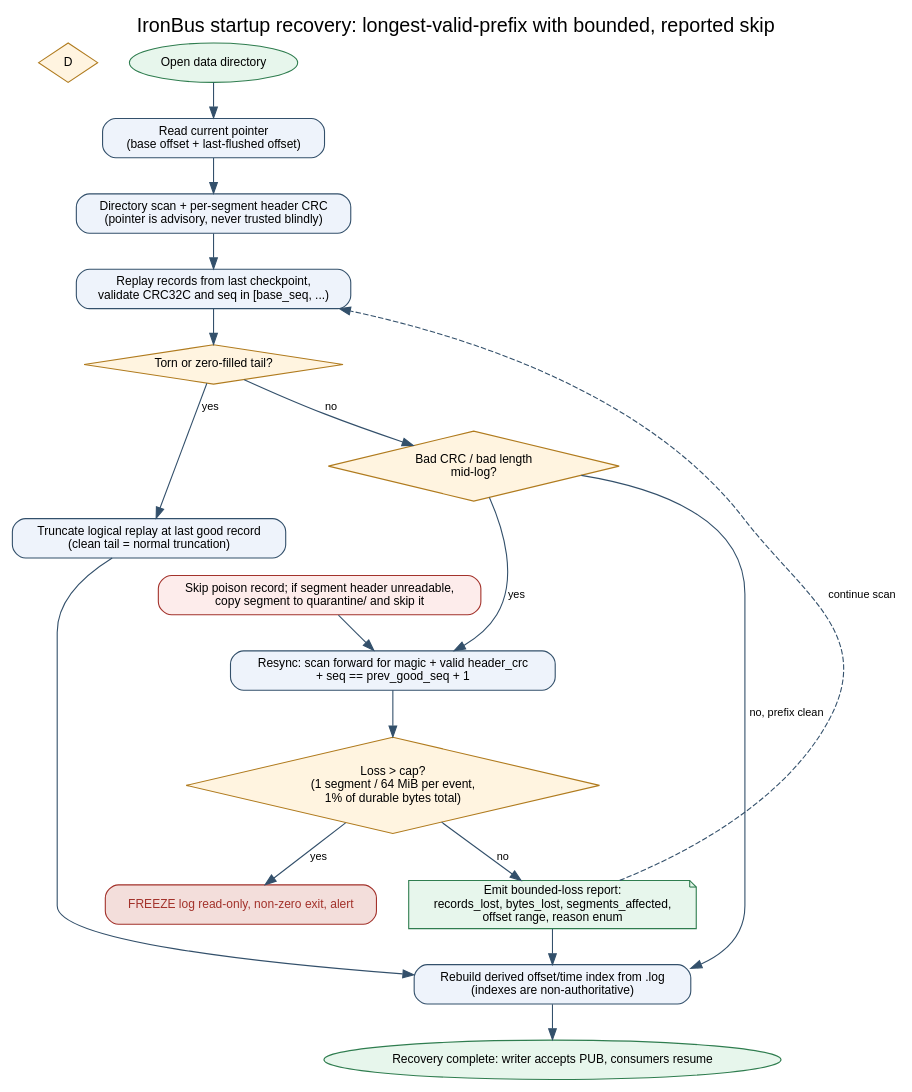
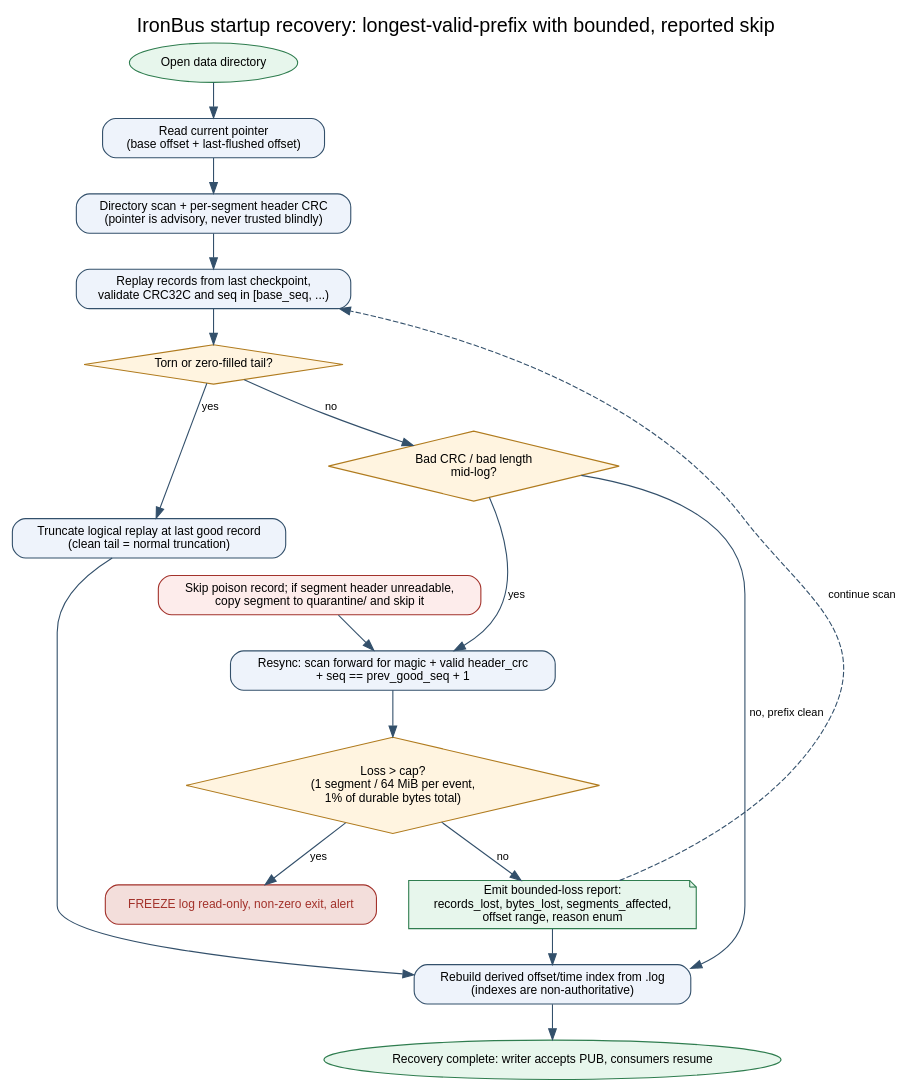
One commit to ELares/IronBus changed the diagram in docs/diagrams/03-recovery-flow.dot. Above: the diagram before and after it, drawn with Graphviz. The commit also changed 3 other files, not shown here.

Commit message:
docs: fix recovery-diagram orphan node and declutter the architecture layout

```diff
--- a/docs/diagrams/03-recovery-flow.dot
+++ b/docs/diagrams/03-recovery-flow.dot
@@ -1,44 +1,43 @@
 // IronBus crash recovery and corruption-skip flow. Render: dot -Tpdf 03-recovery-flow.dot -o 03-recovery-flow.pdf
 digraph recovery_flow {
   rankdir=TB;
   labelloc="t"; fontsize=18; fontname="Helvetica";
   label="IronBus startup recovery: longest-valid-prefix with bounded, reported skip";
   graph [bgcolor="white", ranksep=0.45, nodesep=0.4];
   node  [fontname="Helvetica", fontsize=11, shape=box, style="filled,rounded", fillcolor="#eef3fb", color="#33506b"];
   edge  [fontname="Helvetica", fontsize=10, color="#33506b"];
-  D     [shape=diamond, style="filled", fillcolor="#fff4e0", color="#b07b1e"];
 
   start  [label="Open data directory", shape=oval, fillcolor="#e7f6ec", color="#2f7d4f"];
   ptr    [label="Read current pointer\n(base offset + last-flushed offset)"];
   scan   [label="Directory scan + per-segment header CRC\n(pointer is advisory, never trusted blindly)"];
   rec    [label="Replay records from last checkpoint,\nvalidate CRC32C and seq in [base_seq, ...)"];
 
   dtail  [shape=diamond, style="filled", fillcolor="#fff4e0", color="#b07b1e", label="Torn or zero-filled tail?"];
   trunc  [label="Truncate logical replay at last good record\n(clean tail = normal truncation)"];
 
   dbad   [shape=diamond, style="filled", fillcolor="#fff4e0", color="#b07b1e", label="Bad CRC / bad length\nmid-log?"];
   skip   [label="Skip poison record; if segment header unreadable,\ncopy segment to quarantine/ and skip it", fillcolor="#fdeceb", color="#a3322b"];
   resync [label="Resync: scan forward for magic + valid header_crc\n+ seq == prev_good_seq + 1"];
 
   dcap   [shape=diamond, style="filled", fillcolor="#fff4e0", color="#b07b1e", label="Loss > cap?\n(1 segment / 64 MiB per event,\n1% of durable bytes total)"];
   freeze [label="FREEZE log read-only, non-zero exit, alert", fillcolor="#f3dedb", color="#a3322b", fontcolor="#a3322b"];
   report [label="Emit bounded-loss report:\nrecords_lost, bytes_lost, segments_affected,\noffset range, reason enum", shape=note, fillcolor="#e7f6ec", color="#2f7d4f"];
 
   rebuild [label="Rebuild derived offset/time index from .log\n(indexes are non-authoritative)"];
   ready   [label="Recovery complete: writer accepts PUB, consumers resume", shape=oval, fillcolor="#e7f6ec", color="#2f7d4f"];
 
   start -> ptr -> scan -> rec -> dtail;
   dtail -> trunc [label="yes"];
   dtail -> dbad  [label="no"];
   trunc -> rebuild;
   dbad  -> resync [label="yes"];
   dbad  -> rebuild [label="no, prefix clean"];
   skip  -> resync;
   resync -> dcap;
   dbad -> skip [style=invis];
   dcap -> freeze [label="yes"];
   dcap -> report [label="no"];
   report -> rec [label="continue scan", style=dashed, constraint=false];
   report -> rebuild;
   rebuild -> ready;
 }
```
